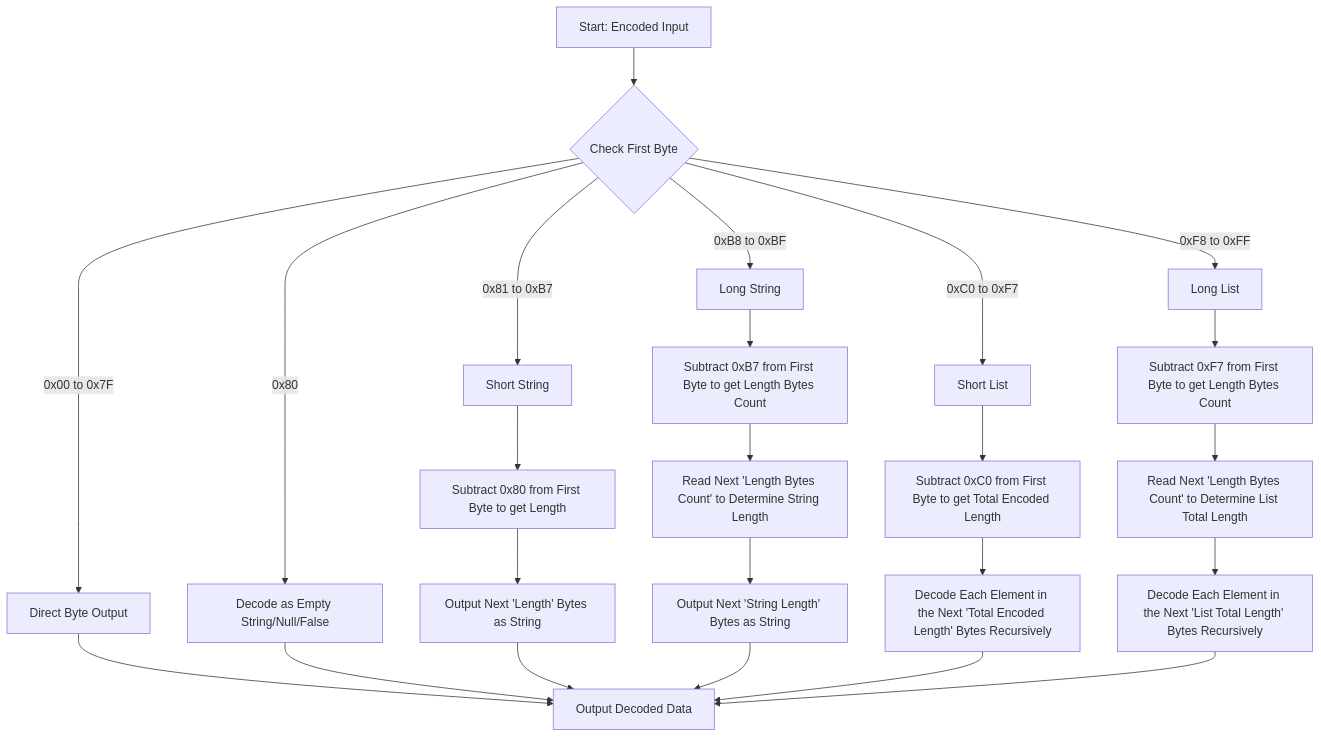
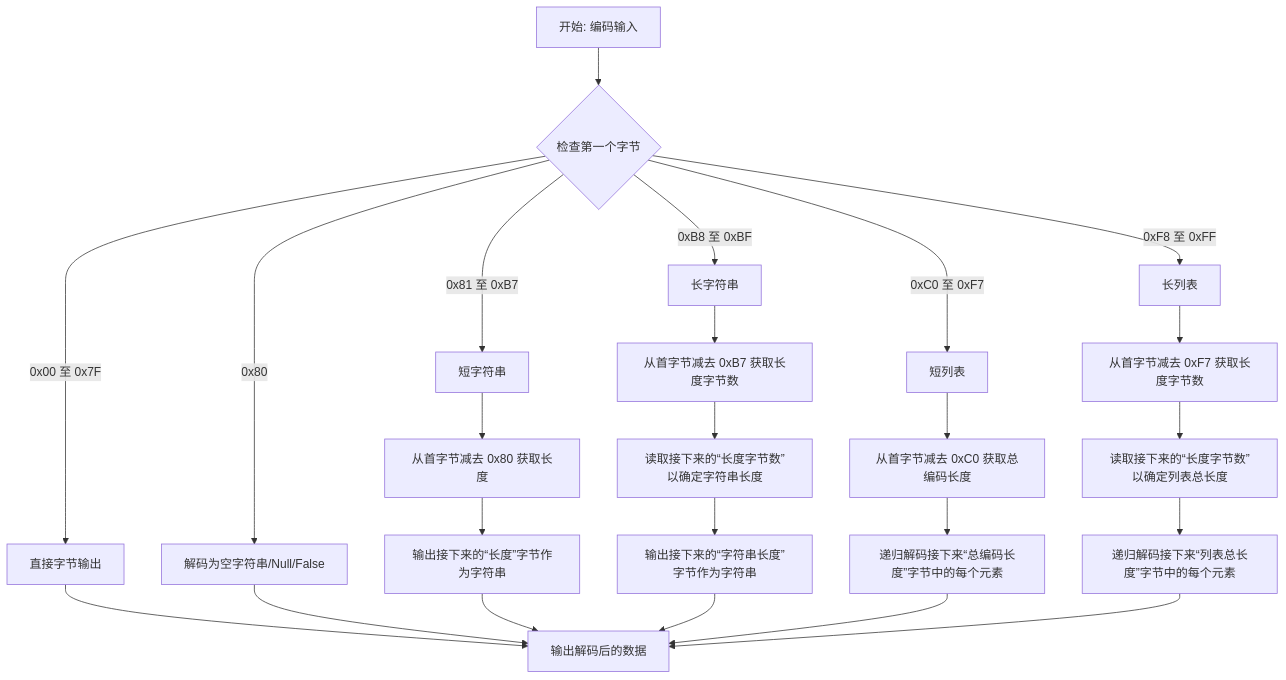
One commit to Carl040814/knowledge-base changed the second of 2 diagrams in epf/EL/RLP.md. Above: the diagram before and after it, drawn with Mermaid. The commit also changed other lines of this file and 74 other files, not shown here.

````diff
--- a/epf/EL/RLP.md
+++ b/epf/EL/RLP.md
@@ -46,26 +46,26 @@
 ```mermaid
 flowchart TD
-    A[Start: Encoded Input] --> B{Check First Byte}
-    B -->|0x00 to 0x7F| C[Direct Byte Output]
-    B -->|0x80| D[Decode as Empty String/Null/False]
-    B -->|0x81 to 0xB7| E[Short String]
-    E --> F[Subtract 0x80 from First Byte to get Length]
-    F --> G[Output Next 'Length' Bytes as String]
-    B -->|0xB8 to 0xBF| H[Long String]
-    H --> I[Subtract 0xB7 from First Byte to get Length Bytes Count]
-    I --> J[Read Next 'Length Bytes Count' to Determine String Length]
-    J --> K[Output Next 'String Length' Bytes as String]
-    B -->|0xC0 to 0xF7| L[Short List]
-    L --> M[Subtract 0xC0 from First Byte to get Total Encoded Length]
-    M --> N[Decode Each Element in the Next 'Total Encoded Length' Bytes Recursively]
-    B -->|0xF8 to 0xFF| O[Long List]
-    O --> P[Subtract 0xF7 from First Byte to get Length Bytes Count]
-    P --> Q[Read Next 'Length Bytes Count' to Determine List Total Length]
-    Q --> R[Decode Each Element in the Next 'List Total Length' Bytes Recursively]
-    C --> S[Output Decoded Data]
+    A[开始: 编码输入] --> B{检查第一个字节}
+    B -->|0x00 至 0x7F| C[直接字节输出]
+    B -->|0x80| D[解码为空字符串/Null/False]
+    B -->|0x81 至 0xB7| E[短字符串]
+    E --> F[从首字节减去 0x80 获取长度]
+    F --> G[输出接下来的“长度”字节作为字符串]
+    B -->|0xB8 至 0xBF| H[长字符串]
+    H --> I[从首字节减去 0xB7 获取长度字节数]
+    I --> J[读取接下来的“长度字节数”以确定字符串长度]
+    J --> K[输出接下来的“字符串长度”字节作为字符串]
+    B -->|0xC0 至 0xF7| L[短列表]
+    L --> M[从首字节减去 0xC0 获取总编码长度]
+    M --> N[递归解码接下来“总编码长度”字节中的每个元素]
+    B -->|0xF8 至 0xFF| O[长列表]
+    O --> P[从首字节减去 0xF7 获取长度字节数]
+    P --> Q[读取接下来的“长度字节数”以确定列表总长度]
+    Q --> R[递归解码接下来“列表总长度”字节中的每个元素]
+    C --> S[输出解码后的数据]
     D --> S
     G --> S
     K --> S
     N --> S
     R --> S
 ```
````
